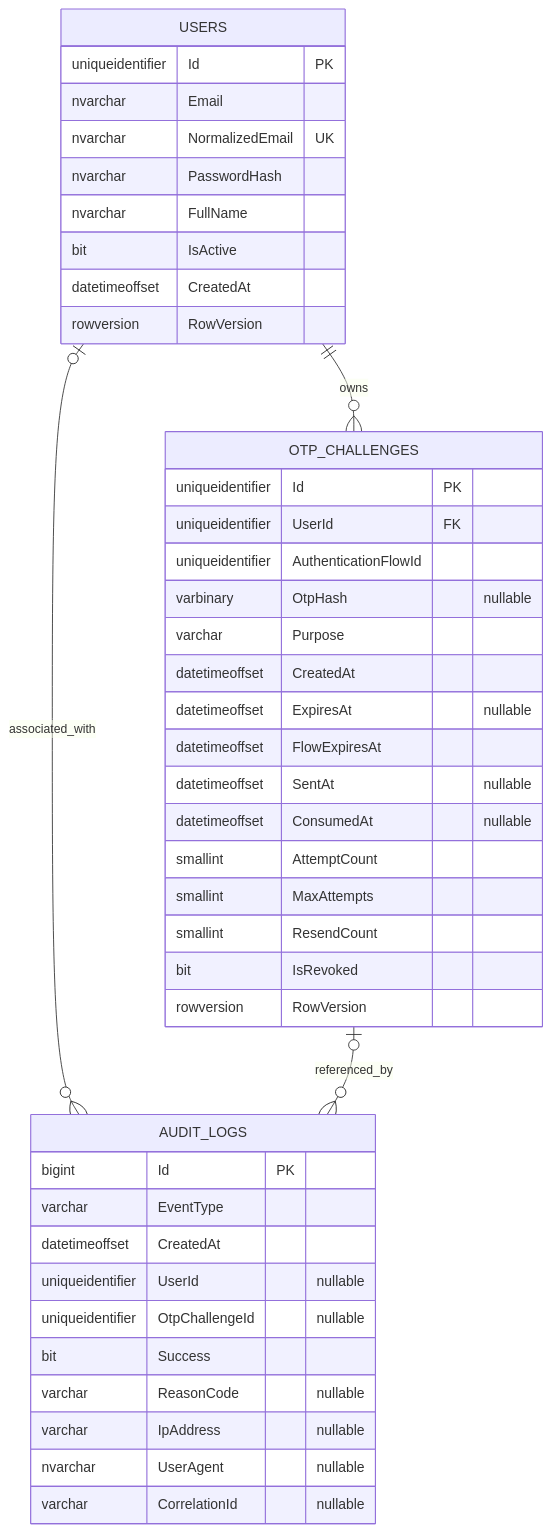
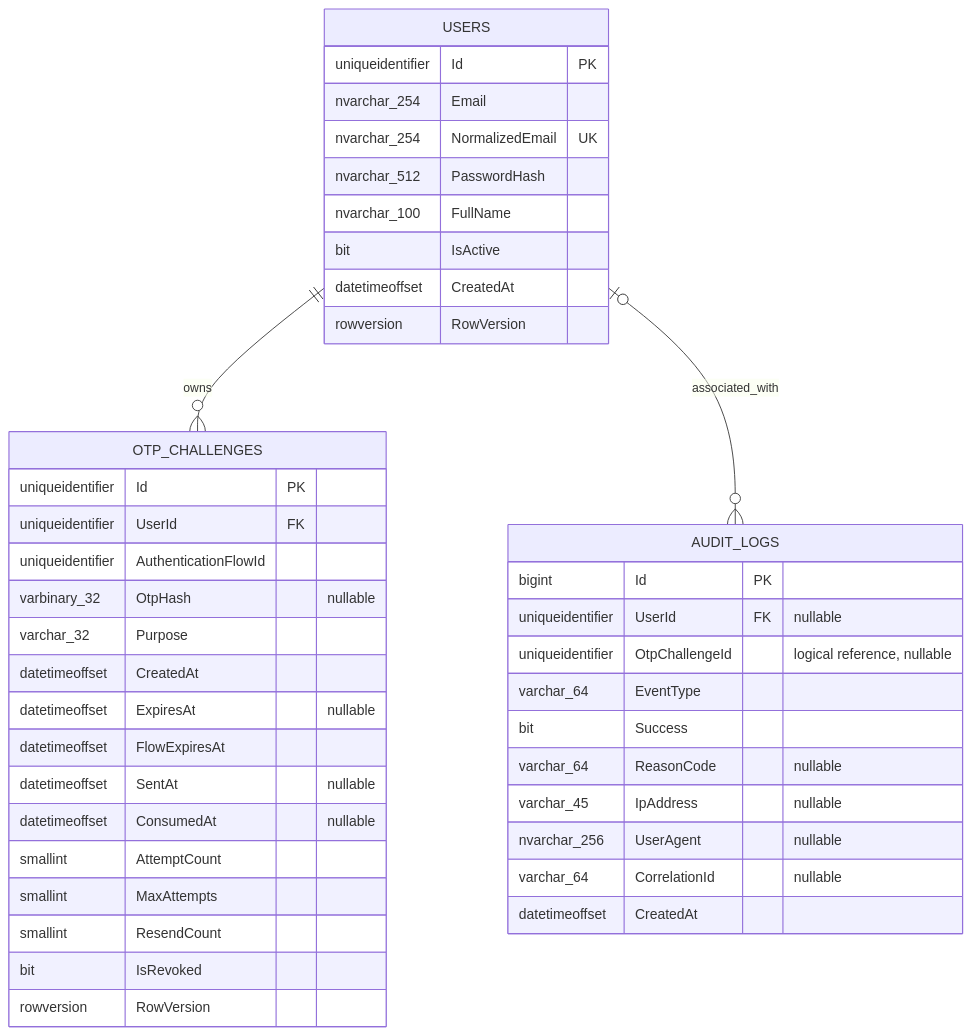
One commit to ThanhTM68/otp-auth-system changed the diagram in docs/DATABASE_DESIGN.md. Above: the diagram before and after it, drawn with Mermaid. The commit also changed other lines of this file and 11 other files, not shown here.

````diff
--- a/docs/DATABASE_DESIGN.md
+++ b/docs/DATABASE_DESIGN.md
@@ -19,48 +20,47 @@
 ```mermaid
 erDiagram
     USERS ||--o{ OTP_CHALLENGES : owns
     USERS o|--o{ AUDIT_LOGS : associated_with
-    OTP_CHALLENGES o|--o{ AUDIT_LOGS : referenced_by
 
     USERS {
         uniqueidentifier Id PK
-        nvarchar Email
-        nvarchar NormalizedEmail UK
-        nvarchar PasswordHash
-        nvarchar FullName
+        nvarchar_254 Email
+        nvarchar_254 NormalizedEmail UK
+        nvarchar_512 PasswordHash
+        nvarchar_100 FullName
         bit IsActive
         datetimeoffset CreatedAt
         rowversion RowVersion
     }
 
     OTP_CHALLENGES {
         uniqueidentifier Id PK
         uniqueidentifier UserId FK
         uniqueidentifier AuthenticationFlowId
-        varbinary OtpHash "nullable"
-        varchar Purpose
+        varbinary_32 OtpHash "nullable"
+        varchar_32 Purpose
         datetimeoffset CreatedAt
         datetimeoffset ExpiresAt "nullable"
         datetimeoffset FlowExpiresAt
         datetimeoffset SentAt "nullable"
         datetimeoffset ConsumedAt "nullable"
         smallint AttemptCount
         smallint MaxAttempts
         smallint ResendCount
         bit IsRevoked
         rowversion RowVersion
     }
 
     AUDIT_LOGS {
         bigint Id PK
-        varchar EventType
+        uniqueidentifier UserId FK "nullable"
+        uniqueidentifier OtpChallengeId "logical reference, nullable"
+        varchar_64 EventType
+        bit Success
+        varchar_64 ReasonCode "nullable"
+        varchar_45 IpAddress "nullable"
+        nvarchar_256 UserAgent "nullable"
+        varchar_64 CorrelationId "nullable"
         datetimeoffset CreatedAt
-        uniqueidentifier UserId "nullable"
-        uniqueidentifier OtpChallengeId "nullable"
-        bit Success
-        varchar ReasonCode "nullable"
-        varchar IpAddress "nullable"
-        nvarchar UserAgent "nullable"
-        varchar CorrelationId "nullable"
     }
 ```
````
